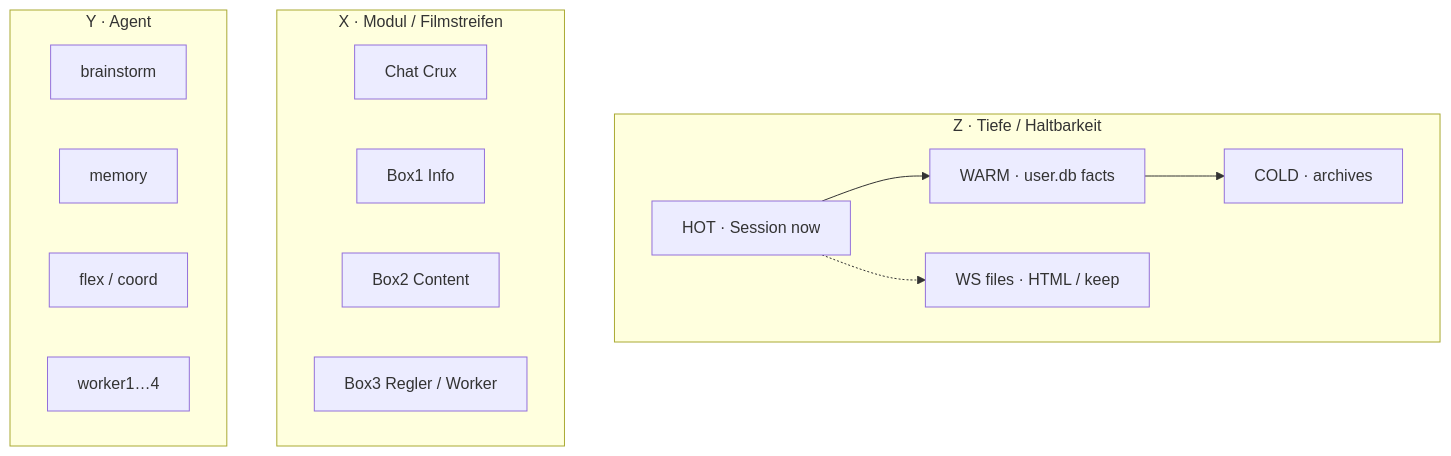
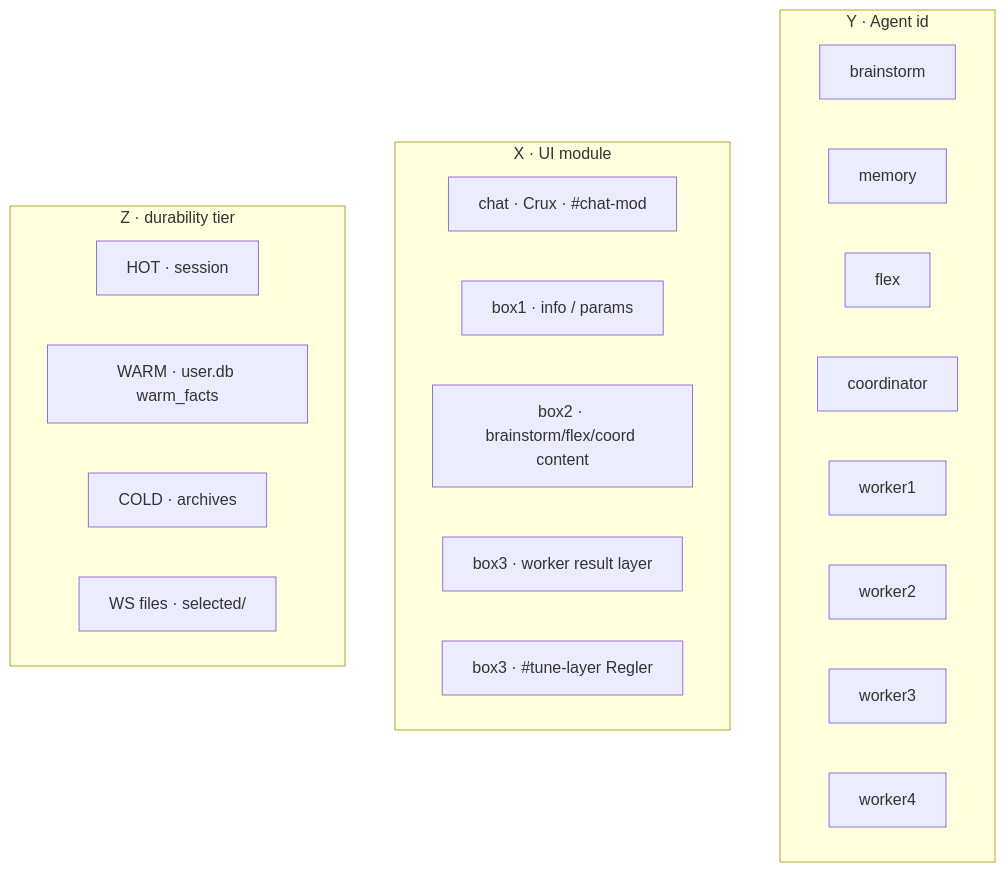
One commit to landjunge/gnom-hub-v1 changed the first of 4 diagrams in docs/LAYERS_FOR_AI.md. Above: the diagram before and after it, drawn with Mermaid. The commit also changed other lines of this file, not shown here.

Commit message:
docs: precise LAYERS_FOR_AI — paths, schema, UI DOM, search tiers

````diff
--- a/docs/LAYERS_FOR_AI.md
+++ b/docs/LAYERS_FOR_AI.md
@@ -7,25 +67,28 @@
 ```mermaid
 flowchart TB
-  subgraph Z["Z · Tiefe / Haltbarkeit"]
-    HOT["HOT · Session now"]
-    WARM["WARM · user.db facts"]
-    COLD["COLD · archives"]
-    WS["WS files · HTML / keep"]
-    HOT --> WARM --> COLD
-    HOT -.-> WS
+  subgraph Y["Y · Agent id"]
+    brainstorm
+    memory
+    flex
+    coordinator
+    worker1
+    worker2
+    worker3
+    worker4
   end
 
-  subgraph X["X · Modul / Filmstreifen"]
-    CHAT["Chat Crux"]
-    INFO["Box1 Info"]
-    CONTENT["Box2 Content"]
-    REGLER["Box3 Regler / Worker"]
+  subgraph X["X · UI module"]
+    chat["chat · Crux · #chat-mod"]
+    b1["box1 · info / params"]
+    b2["box2 · brainstorm/flex/coord content"]
+    b3w["box3 · worker result layer"]
+    b3t["box3 · #tune-layer Regler"]
   end
 
-  subgraph Y["Y · Agent"]
-    A1["brainstorm"]
-    A2["memory"]
-    A3["flex / coord"]
-    A4["worker1…4"]
+  subgraph Z["Z · durability tier"]
+    HOT["HOT · session"]
+    WARM["WARM · user.db warm_facts"]
+    COLD["COLD · archives"]
+    WS["WS files · selected/"]
   end
 ```
````
